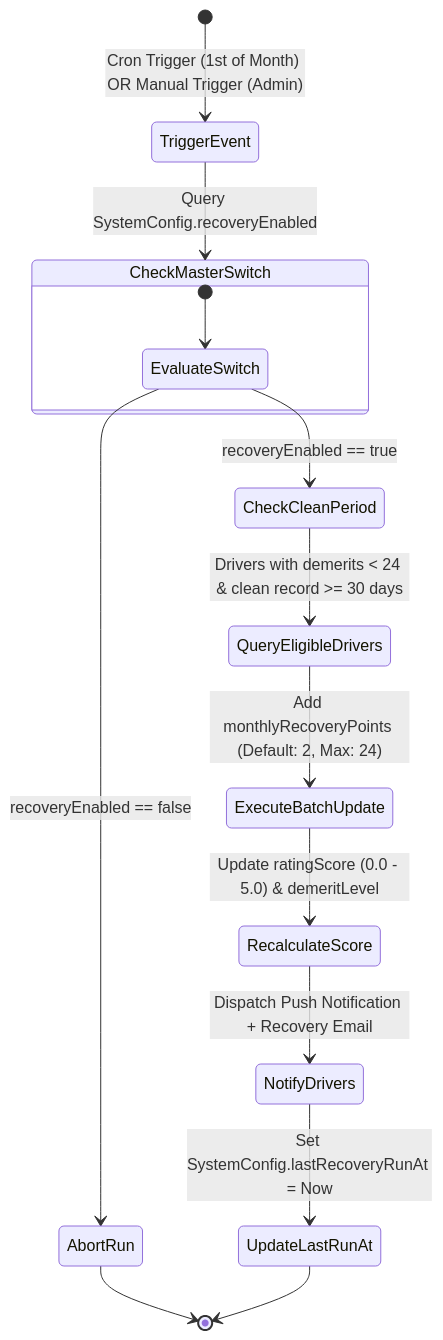
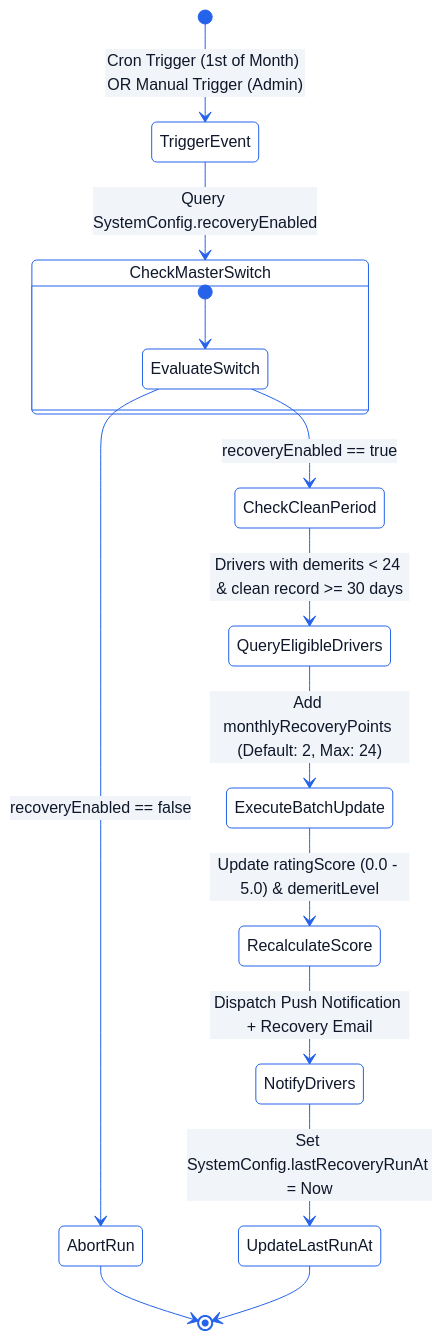
Before and after one commit to e-fine-sl/e-fine-sl-traffic-management: diagram 13 of 15 in README.md, drawn with Mermaid. The commit also changed other lines of this file and 11 other files, not shown here.

Commit message:
docs(diagrams): add solid pure white canvas backgrounds to all system diagrams and provide individual one-click download options for SVG and PNG

````diff
--- a/README.md
+++ b/README.md
@@ -703,21 +873,22 @@
 ```mermaid
+%%{init: {'theme': 'base', 'themeVariables': { 'primaryColor': '#ffffff', 'primaryTextColor': '#0f172a', 'primaryBorderColor': '#2563eb', 'lineColor': '#2563eb', 'secondaryColor': '#f1f5f9', 'tertiaryColor': '#ffffff', 'background': '#ffffff' }}}%%
 stateDiagram-v2
     [*] --> TriggerEvent: Cron Trigger (1st of Month) OR Manual Trigger (Admin)
     TriggerEvent --> CheckMasterSwitch: Query SystemConfig.recoveryEnabled
 
     state CheckMasterSwitch {
         [*] --> EvaluateSwitch
     }
 
     EvaluateSwitch --> AbortRun: recoveryEnabled == false
     EvaluateSwitch --> CheckCleanPeriod: recoveryEnabled == true
 
     CheckCleanPeriod --> QueryEligibleDrivers: Drivers with demerits < 24 & clean record >= 30 days
     QueryEligibleDrivers --> ExecuteBatchUpdate: Add monthlyRecoveryPoints (Default: 2, Max: 24)
     ExecuteBatchUpdate --> RecalculateScore: Update ratingScore (0.0 - 5.0) & demeritLevel
     RecalculateScore --> NotifyDrivers: Dispatch Push Notification + Recovery Email
     NotifyDrivers --> UpdateLastRunAt: Set SystemConfig.lastRecoveryRunAt = Now
     
     AbortRun --> [*]
     UpdateLastRunAt --> [*]
 ```
````
